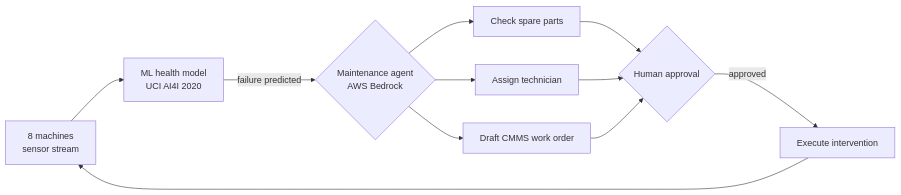
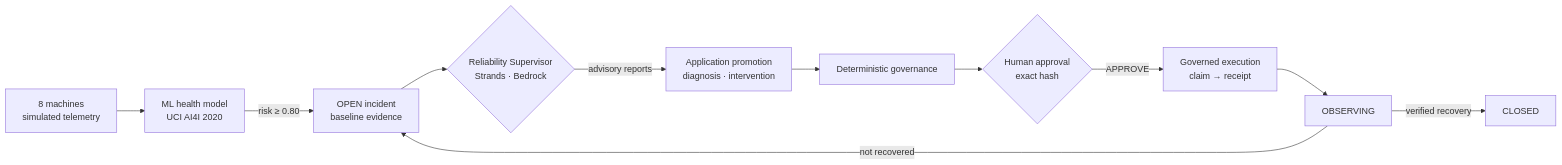
The diagram in README.md (DyausG/operon), drawn with Mermaid before and after one commit. The commit also changed other lines of this file, not shown here.

Commit message:
docs: refresh README for current Operon architecture

````diff
--- a/README.md
+++ b/README.md
@@ -32,13 +37,13 @@
 ```mermaid
 flowchart LR
-    S[8 machines<br/>sensor stream] --> M[ML health model<br/>UCI AI4I 2020]
-    M -->|failure predicted| AG{Maintenance agent<br/>AWS Bedrock}
-    AG --> P[Check spare parts]
-    AG --> T[Assign technician]
-    AG --> W[Draft CMMS work order]
-    P --> H{Human approval}
-    T --> H
-    W --> H
-    H -->|approved| ACT[Execute intervention]
-    ACT --> S
+    S[8 machines<br/>simulated telemetry] --> M[ML health model<br/>UCI AI4I 2020]
+    M -->|risk ≥ 0.80| O[OPEN incident<br/>baseline evidence]
+    O --> AG{Reliability Supervisor<br/>Strands · Bedrock}
+    AG -->|advisory reports| PR[Application promotion<br/>diagnosis · intervention]
+    PR --> G[Deterministic governance]
+    G --> H{Human approval<br/>exact hash}
+    H -->|APPROVE| EX[Governed execution<br/>claim → receipt]
+    EX --> OB[OBSERVING]
+    OB -->|verified recovery| C[CLOSED]
+    OB -->|not recovered| O
 ```
````
